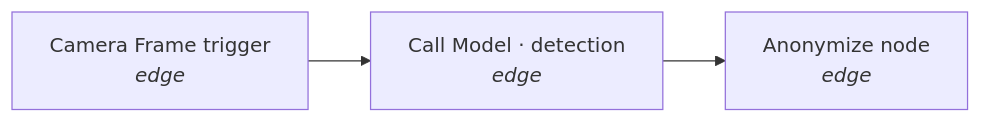
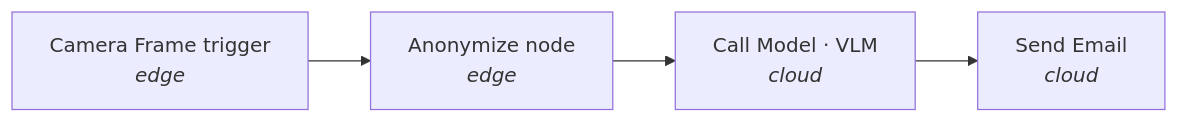
One commit to cyberwave-os/docs-mintlify changed the first of 3 diagrams in feature-reference/workflows.mdx. Above: the diagram before and after it, drawn with Mermaid. The commit also changed other lines of this file and 370 other files, not shown here.

````diff
--- a/feature-reference/workflows.mdx
+++ b/feature-reference/workflows.mdx
@@ -143,5 +143,6 @@
 ```mermaid
 flowchart LR
-    A[Camera Frame trigger<br/><i>edge</i>] --> B[Call Model · detection<br/><i>edge</i>]
-    B --> C[Anonymize node<br/><i>edge</i>]
+    A[Camera Frame trigger<br/><i>edge</i>] --> B[Anonymize node<br/><i>edge</i>]
+    B --> C[Call Model · VLM<br/><i>cloud</i>]
+    C --> D[Send Email<br/><i>cloud</i>]
 ```
````
